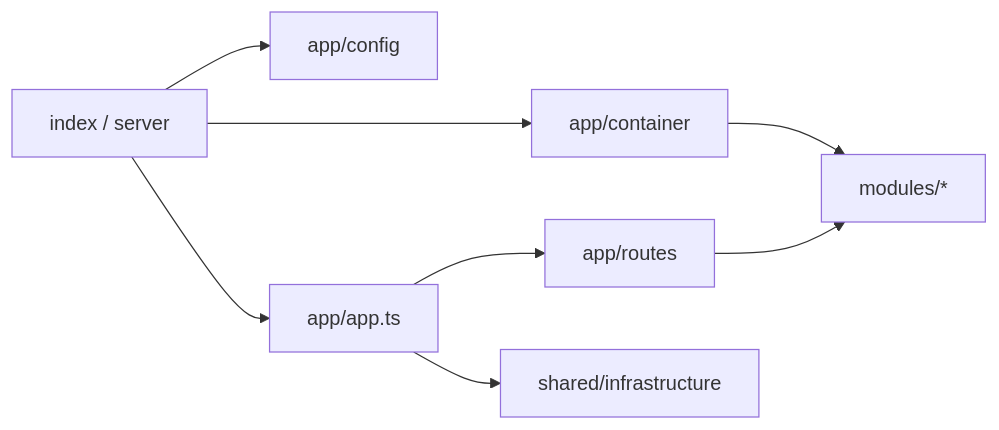
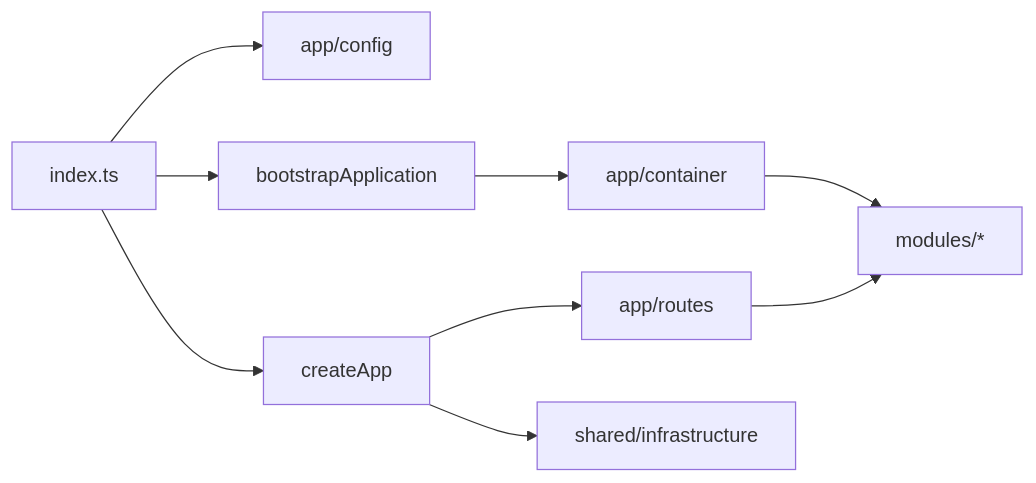
Before and after one commit to 01Barthez/backend-init: the second of 2 diagrams in docs/architecture/overview.md, drawn with Mermaid. The commit also changed other lines of this file and 254 other files, not shown here.

````diff
--- a/docs/architecture/overview.md
+++ b/docs/architecture/overview.md
@@ -130,10 +136,11 @@
 ```mermaid
 flowchart LR
-  Boot[index / server] --> Config[app/config]
-  Boot --> Container[app/container]
-  Boot --> App[app/app.ts]
+  Boot[index.ts] --> Config[app/config]
+  Boot --> Bootstrap[bootstrapApplication]
+  Bootstrap --> Container[app/container]
+  Boot --> App[createApp]
   Container --> Modules[modules/*]
   App --> Routes[app/routes]
   Routes --> Modules
   App --> SharedInfra[shared/infrastructure]
 ```
````
